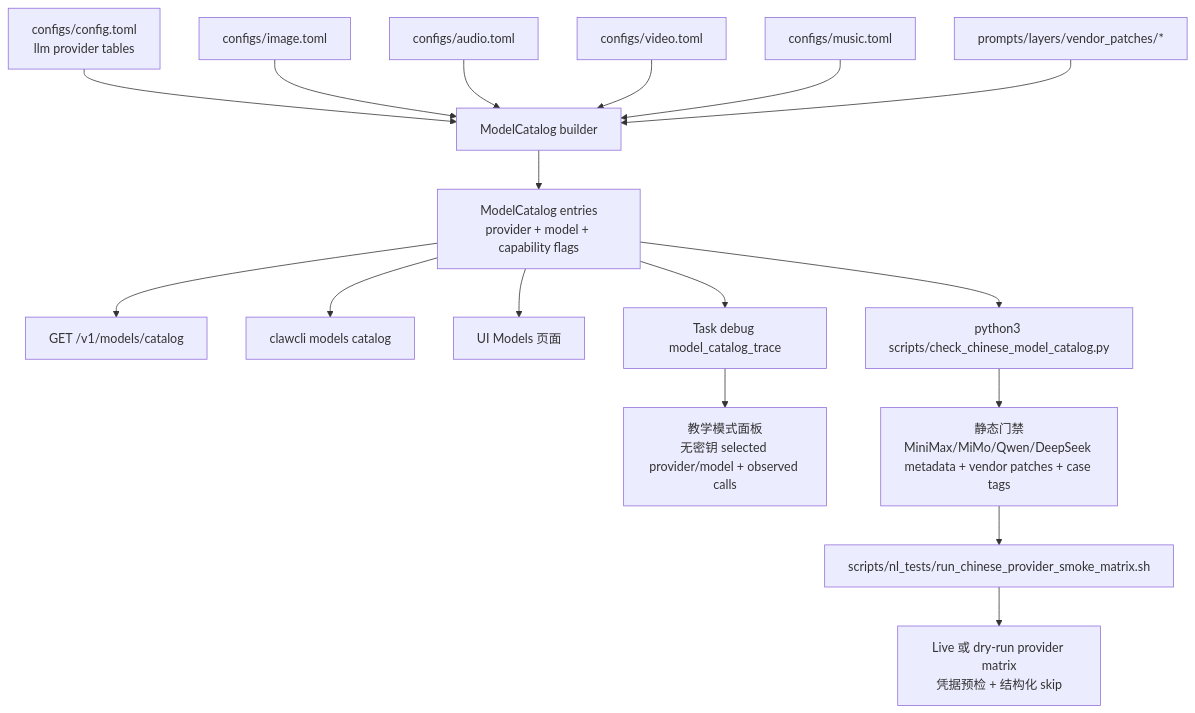
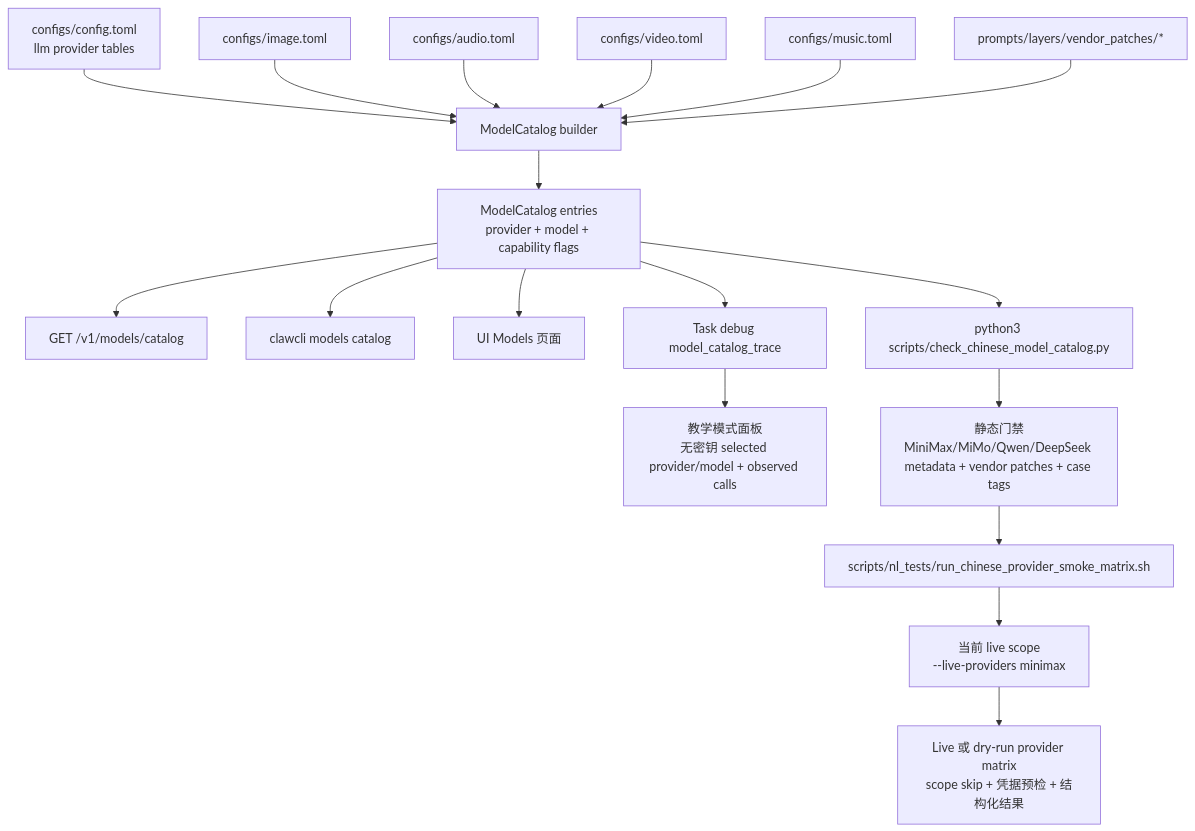
The sixth of 6 diagrams in README.zh-CN.md (MatrixCoreX/RustClaw), drawn with Mermaid before and after one commit. The commit also changed other lines of this file and 2 other files, not shown here.

Commit message:
Add provider live scope to Chinese smoke runner

````diff
--- a/README.zh-CN.md
+++ b/README.zh-CN.md
@@ -669,19 +669,20 @@
 ```mermaid
 flowchart TD
     A[configs/config.toml<br/>llm provider tables] --> B[ModelCatalog builder]
     C[configs/image.toml] --> B
     D[configs/audio.toml] --> B
     E[configs/video.toml] --> B
     F[configs/music.toml] --> B
     G[prompts/layers/vendor_patches/*] --> B
     B --> H[ModelCatalog entries<br/>provider + model + capability flags]
     H --> I[GET /v1/models/catalog]
     H --> J[clawcli models catalog]
     H --> K[UI Models 页面]
     H --> L[Task debug model_catalog_trace]
     L --> M[教学模式面板<br/>无密钥 selected provider/model + observed calls]
     H --> N[python3 scripts/check_chinese_model_catalog.py]
     N --> O[静态门禁<br/>MiniMax/MiMo/Qwen/DeepSeek metadata + vendor patches + case tags]
     O --> P[scripts/nl_tests/run_chinese_provider_smoke_matrix.sh]
-    P --> Q[Live 或 dry-run provider matrix<br/>凭据预检 + 结构化 skip]
+    P --> PS[当前 live scope<br/>--live-providers minimax]
+    PS --> Q[Live 或 dry-run provider matrix<br/>scope skip + 凭据预检 + 结构化结果]
 ```
````
